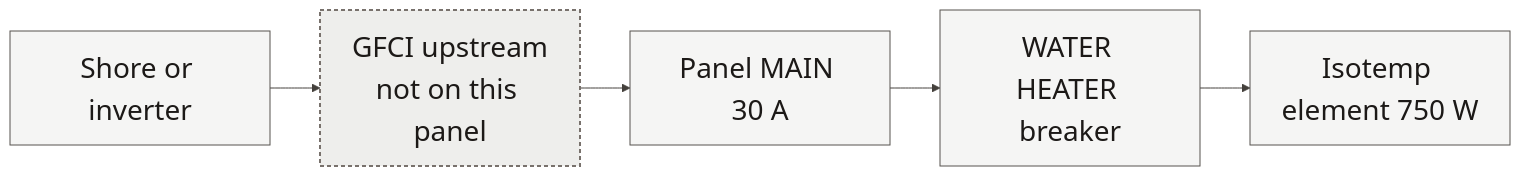
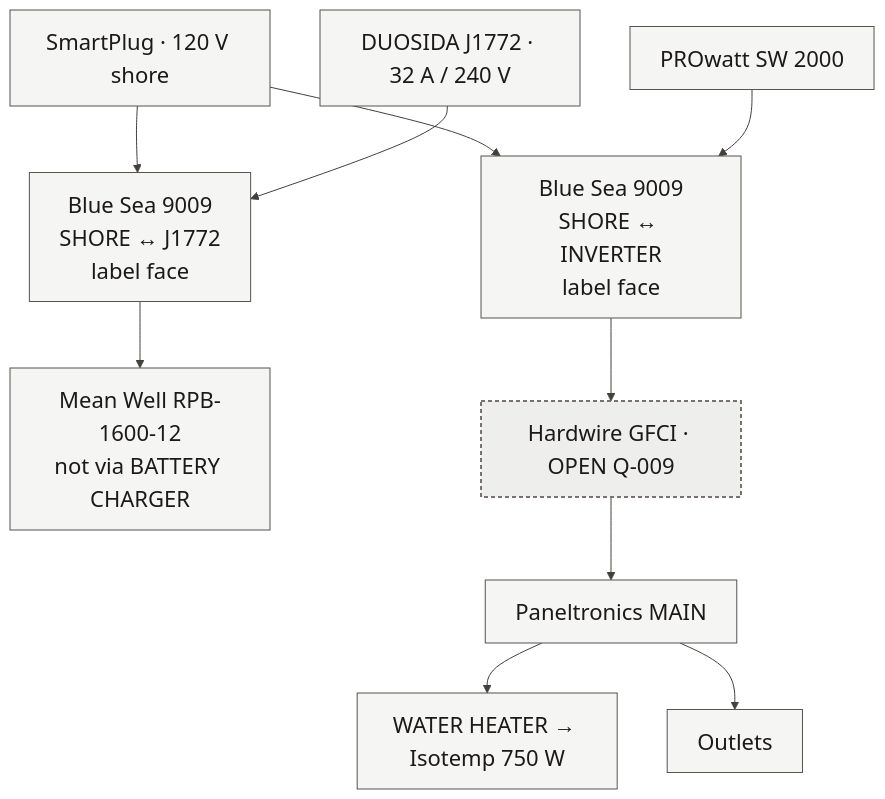
One commit to benracine/sprinter-heat changed the diagram in book/diagrams/electrical-ac.mmd. Above: the diagram before and after it, drawn with Mermaid. The commit also changed 21 other files, not shown here.

```diff
--- a/book/diagrams/electrical-ac.mmd
+++ b/book/diagrams/electrical-ac.mmd
@@ -1,13 +1,29 @@
-%%{init: {'theme':'base','themeVariables': {'background':'#fafaf9','primaryColor':'#f5f5f4','primaryTextColor':'#1c1917','primaryBorderColor':'#57534e','lineColor':'#44403c','secondaryColor':'#e7e5e4','tertiaryColor':'#eeeeec','fontFamily':'Avenir Next, Avenir, Helvetica Neue, sans-serif','fontSize':'28px','textColor':'#1c1917','mainBkg':'#f5f5f4','clusterBkg':'#eeeeec','clusterBorder':'#78716c','edgeLabelBackground':'#fafaf9'}}}%%
-flowchart LR
-  SRC["Shore or inverter"]
-  GFCI["GFCI upstream<br/>not on this panel"]
-  MAIN["Panel MAIN 30 A"]
-  WH["WATER HEATER breaker"]
-  EL["Isotemp element 750 W"]
-  SRC --> GFCI --> MAIN --> WH --> EL
+%%{init: {'theme':'base','themeVariables': {'background':'#fafaf9','primaryColor':'#f5f5f4','primaryTextColor':'#1c1917','primaryBorderColor':'#57534e','lineColor':'#44403c','secondaryColor':'#e7e5e4','tertiaryColor':'#eeeeec','fontFamily':'Avenir Next, Avenir, Helvetica Neue, sans-serif','fontSize':'22px','textColor':'#1c1917','mainBkg':'#f5f5f4','clusterBkg':'#eeeeec','clusterBorder':'#78716c','edgeLabelBackground':'#fafaf9'}}}%%
+flowchart TB
+  SP["SmartPlug · 120 V shore"]
+  J1772["DUOSIDA J1772 · 32 A / 240 V"]
+  INV["PROwatt SW 2000"]
+
+  SW1["Blue Sea 9009<br/>SHORE ↔ INVERTER<br/>label face"]
+  SW2["Blue Sea 9009<br/>SHORE ↔ J1772<br/>label face"]
+
+  PANEL["Paneltronics MAIN"]
+  MW["Mean Well RPB-1600-12<br/>not via BATTERY CHARGER"]
+  WH["WATER HEATER → Isotemp 750 W"]
+  OUT["Outlets"]
+  GFCI["Hardwire GFCI · OPEN Q-009"]
+
+  SP --> SW1
+  INV --> SW1
+  SW1 --> GFCI --> PANEL
+  PANEL --> WH
+  PANEL --> OUT
+
+  SP --> SW2
+  J1772 --> SW2
+  SW2 --> MW
 
   classDef solid fill:#f5f5f4,stroke:#57534e,stroke-width:1px,color:#1c1917;
   classDef open fill:#eeeeec,stroke:#78716c,stroke-width:2px,stroke-dasharray:4 3,color:#1c1917;
-  class SRC,MAIN,WH,EL solid;
+  class SP,J1772,INV,SW1,SW2,PANEL,MW,WH,OUT solid;
   class GFCI open;
```
